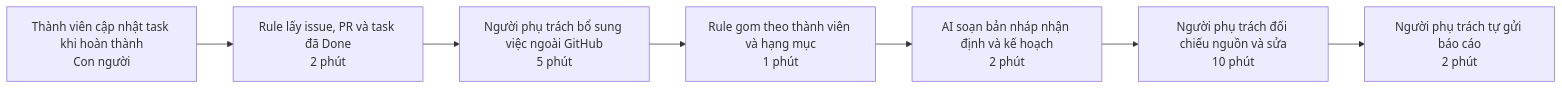
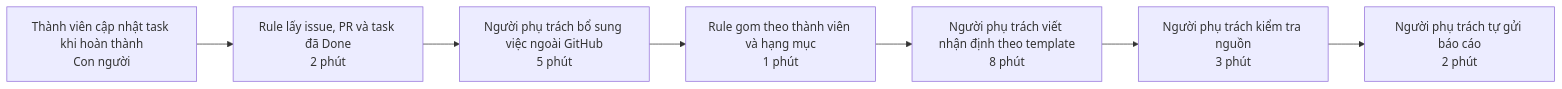
One commit to Ntd1411/K5-L3A-DAY02-Nhom4AE-DiscoveryProblemFraming changed the second of 2 diagrams in report/team/group_report.md. Above: the diagram before and after it, drawn with Mermaid. The commit also changed other lines of this file, not shown here.

````diff
--- a/report/team/group_report.md
+++ b/report/team/group_report.md
@@ -211,9 +211,9 @@
 ```mermaid
 flowchart LR
     A[Thành viên cập nhật task khi hoàn thành<br/>Con người] --> B[Rule lấy issue, PR và task đã Done<br/>2 phút]
     B --> C[Người phụ trách bổ sung việc ngoài GitHub<br/>5 phút]
     C --> D[Rule gom theo thành viên và hạng mục<br/>1 phút]
-    D --> E[AI soạn bản nháp nhận định và kế hoạch<br/>2 phút]
-    E --> F[Người phụ trách đối chiếu nguồn và sửa<br/>10 phút]
+    D --> E[Người phụ trách viết nhận định theo template<br/>8 phút]
+    E --> F[Người phụ trách kiểm tra nguồn<br/>3 phút]
     F --> G[Người phụ trách tự gửi báo cáo<br/>2 phút]
 ```
````
